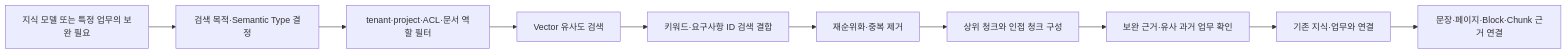
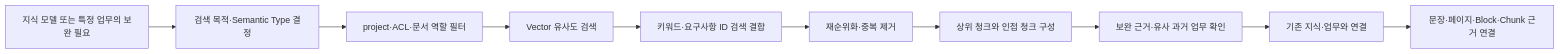
The fourth of 7 diagrams in docs/1_기획/기획서_v5_AI프로젝트운영코파일럿.md (SKNETWORKS-FAMILY-AICAMP/SKN29-FINAL-2TEAM), drawn with Mermaid before and after one commit. The commit also changed other lines of this file and 11 other files, not shown here.

```diff
--- a/docs/1_기획/기획서_v5_AI프로젝트운영코파일럿.md
+++ b/docs/1_기획/기획서_v5_AI프로젝트운영코파일럿.md
@@ -415,12 +421,12 @@
 ~~~mermaid
 flowchart LR
     A["지식 모델 또는 특정 업무의 보완 필요"] --> B["검색 목적·Semantic Type 결정"]
-    B --> C["tenant·project·ACL·문서 역할 필터"]
+    B --> C["project·ACL·문서 역할 필터"]
     C --> D["Vector 유사도 검색"]
     D --> E["키워드·요구사항 ID 검색 결합"]
     E --> F["재순위화·중복 제거"]
     F --> G["상위 청크와 인접 청크 구성"]
     G --> H["보완 근거·유사 과거 업무 확인"]
     H --> I["기존 지식·업무와 연결"]
     I --> J["문장·페이지·Block·Chunk 근거 연결"]
 ~~~
```
